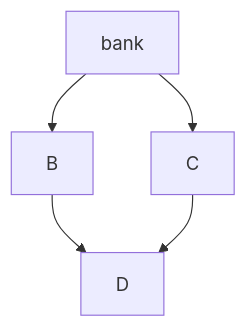
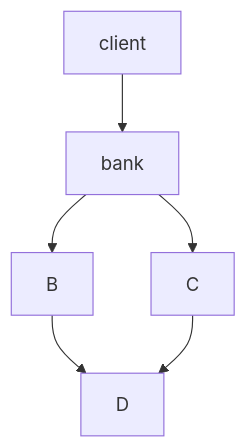
Before and after one commit to yaryiYA/JmixCreditApplication: the diagram in README.md, drawn with Mermaid.

````diff
--- a/README.md
+++ b/README.md
@@ -20,7 +20,8 @@
 ```mermaid
   graph TD;
+      client-->bank;
       bank-->B;
       bank-->C;
       B-->D;
       C-->D;
 ```
````
